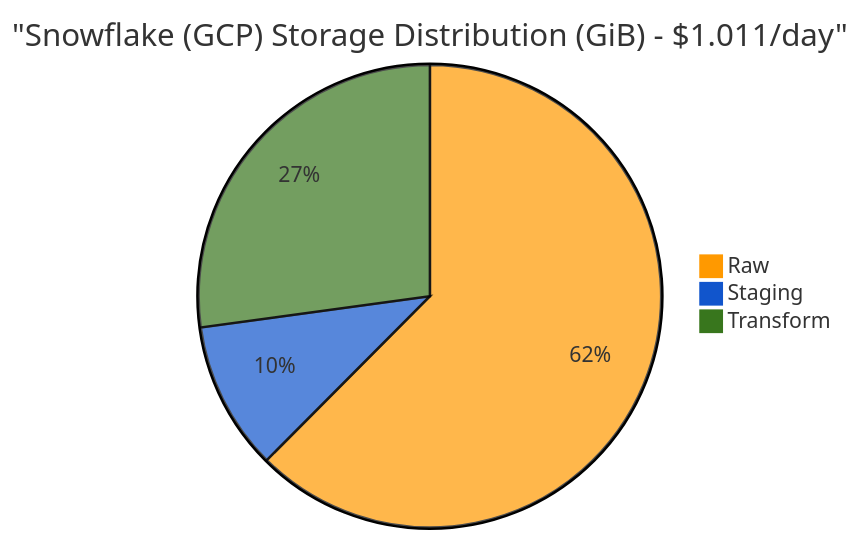
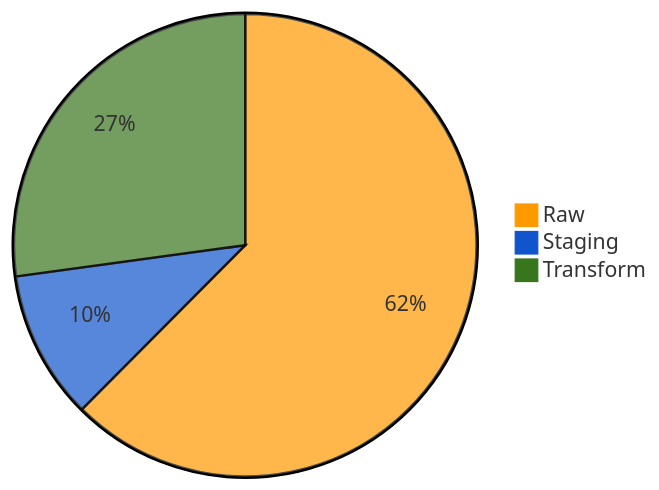
Before and after one commit to nhudinh2103/Multi-platform-comparison-NYC-Taxi-dataset: the third of 3 diagrams in README.md, drawn with Mermaid. The commit also changed other lines of this file, not shown here.

````diff
--- a/README.md
+++ b/README.md
@@ -294,8 +298,7 @@
 ```mermaid
 %%{init: {'theme': 'base', 'themeVariables': { 'pie1': '#ff9900', 'pie2': '#1155cc', 'pie3': '#38761d'}}}%%
 pie
-    title "Snowflake (GCP) Storage Distribution (GiB) - $1.011/day"
     "Raw" : 223.13
     "Staging" : 37.08
     "Transform" : 97
 ```
````
